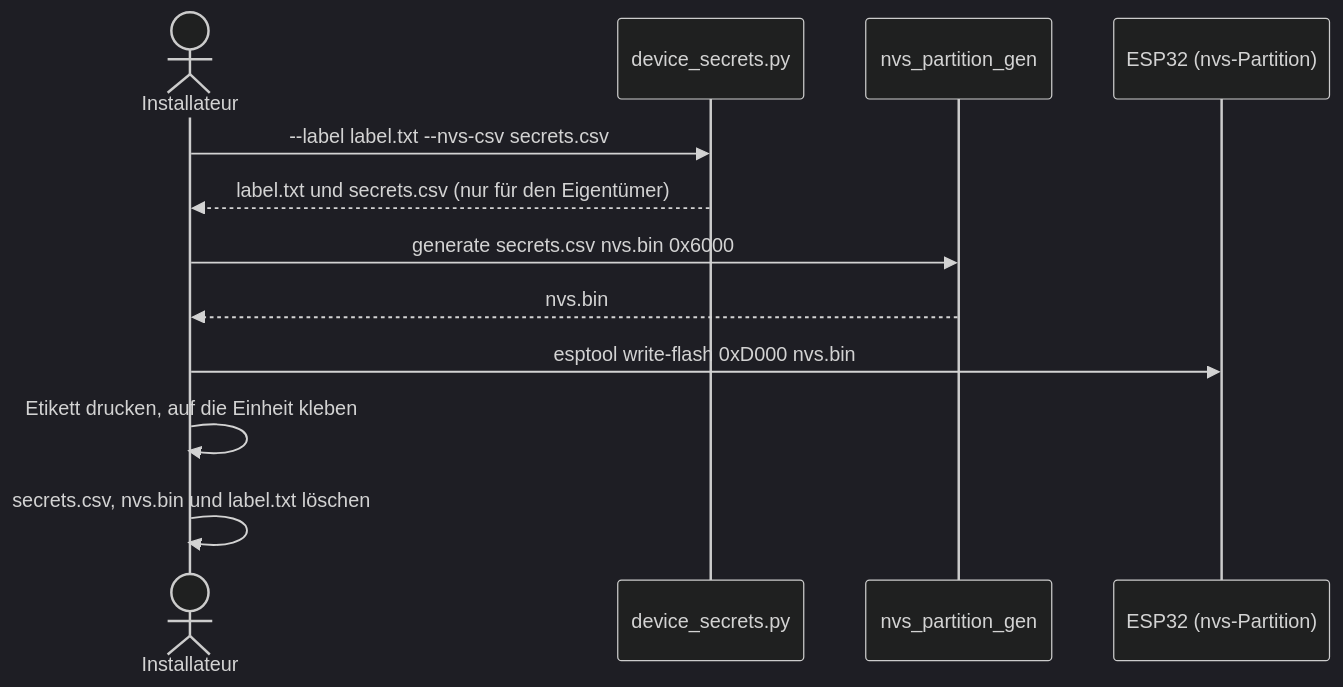
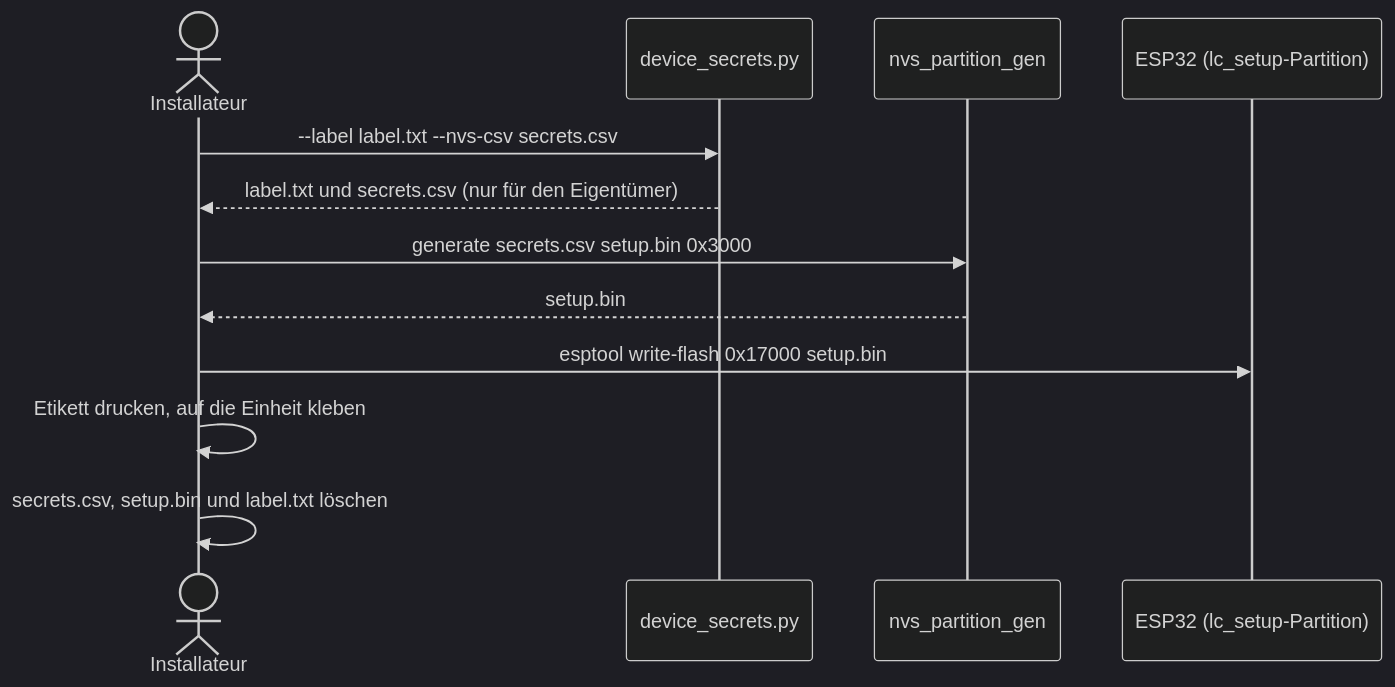
One commit to Open-Locker/Open-Locker changed the second of 3 diagrams in website/src/content/docs/de/dokumentation/esp32/flashing.md. Above: the diagram before and after it, drawn with Mermaid (dark theme). The commit also changed other lines of this file and 128 other files, not shown here.

````diff
--- a/website/src/content/docs/de/dokumentation/esp32/flashing.md
+++ b/website/src/content/docs/de/dokumentation/esp32/flashing.md
@@ -231,14 +231,14 @@
 ```mermaid
 sequenceDiagram
     actor Op as Installateur
     participant DS as device_secrets.py
     participant Gen as nvs_partition_gen
-    participant Unit as ESP32 (nvs-Partition)
+    participant Unit as ESP32 (lc_setup-Partition)
     Op->>DS: --label label.txt --nvs-csv secrets.csv
     DS-->>Op: label.txt und secrets.csv (nur für den Eigentümer)
-    Op->>Gen: generate secrets.csv nvs.bin 0x6000
-    Gen-->>Op: nvs.bin
-    Op->>Unit: esptool write-flash 0xD000 nvs.bin
+    Op->>Gen: generate secrets.csv setup.bin 0x3000
+    Gen-->>Op: setup.bin
+    Op->>Unit: esptool write-flash 0x17000 setup.bin
     Op->>Op: Etikett drucken, auf die Einheit kleben
-    Op->>Op: secrets.csv, nvs.bin und label.txt löschen
+    Op->>Op: secrets.csv, setup.bin und label.txt löschen
 ```
````
